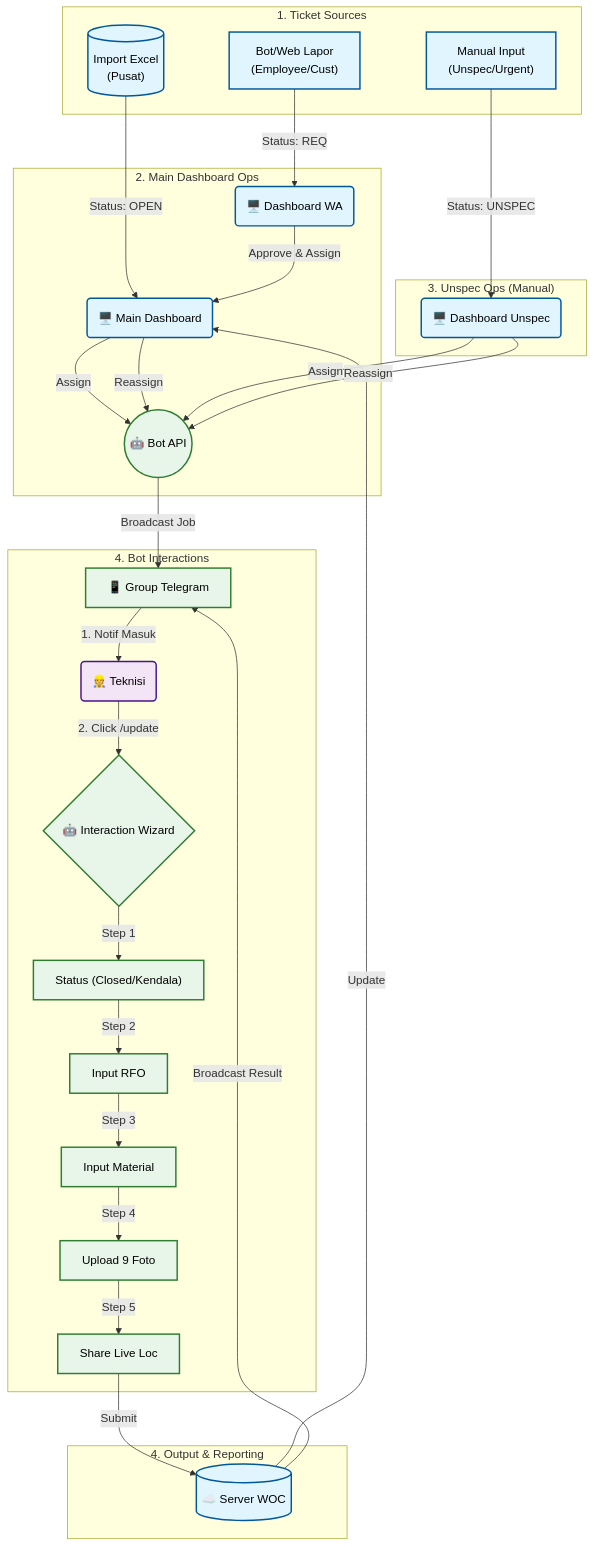
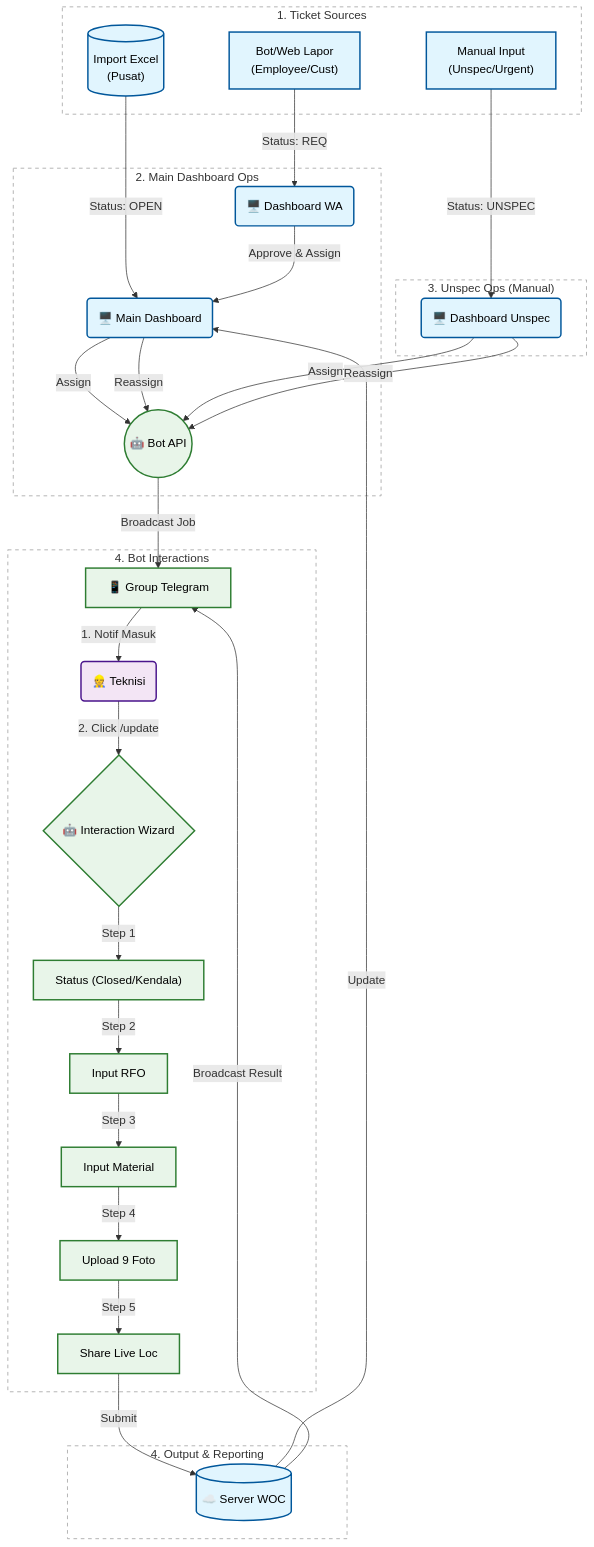
One commit to Just0rdinaryGuy/unspec-dash changed the diagram in WOC_MASTER_DOCUMENT.md. Above: the diagram before and after it, drawn with Mermaid. The commit also changed 1 other file, not shown here.

Commit message:
docs: Remove background fills from Mermaid diagrams (Transparent Mode)

````diff
--- a/WOC_MASTER_DOCUMENT.md
+++ b/WOC_MASTER_DOCUMENT.md
@@ -49,52 +49,59 @@
 ```mermaid
 graph TD
     %% Styling
     classDef dash fill:#e1f5fe,stroke:#01579b,stroke-width:2px,color:#000000;
     classDef bot fill:#e8f5e9,stroke:#2e7d32,stroke-width:2px,color:#000000;
     classDef actor fill:#f3e5f5,stroke:#4a148c,stroke-width:2px,color:#000000;
+
+    %% Remove Subgraph Backgrounds
+    style Sources fill:none,stroke:#999,stroke-width:1px,stroke-dasharray: 5 5
+    style Dash fill:none,stroke:#999,stroke-width:1px,stroke-dasharray: 5 5
+    style UnspecDash fill:none,stroke:#999,stroke-width:1px,stroke-dasharray: 5 5
+    style Bot fill:none,stroke:#999,stroke-width:1px,stroke-dasharray: 5 5
+    style Output fill:none,stroke:#999,stroke-width:1px,stroke-dasharray: 5 5
 
     subgraph Sources ["1. Ticket Sources"]
     S1[("Import Excel<br/>(Pusat)")]
     S2["Manual Input<br/>(Unspec/Urgent)"]
     S3["Bot/Web Lapor<br/>(Employee/Cust)"]
     end
     class S1,S2,S3 dash;
 
     subgraph Dash ["2. Main Dashboard Ops"]
     S1 -->|Status: OPEN| D_MAIN("🖥️ Main Dashboard")
     S3 -->|Status: REQ| D_WA("🖥️ Dashboard WA")
     D_WA -->|Approve & Assign| D_MAIN
     D_MAIN -->|Assign| BOT_API(("🤖 Bot API"))
     D_MAIN -->|Reassign | BOT_API
     end
     class D_MAIN,D_WA dash;
 
     subgraph UnspecDash ["3. Unspec Ops (Manual)"]
     S2 -->|Status: UNSPEC| D_UNSPEC("🖥️ Dashboard Unspec")
     D_UNSPEC -->|Assign| BOT_API
     D_UNSPEC -->|Reassign| BOT_API
     end
     class D_UNSPEC dash;
 
     subgraph Bot ["4. Bot Interactions"]
     BOT_API -->|Broadcast Job| TG_GROUP["📱 Group Telegram"]
     
     TG_GROUP -->|1. Notif Masuk| TECH("👷 Teknisi")
     TECH -->|2. Click /update| WIZARD{"🤖 Interaction Wizard"}
     
     WIZARD -->|Step 1| W_STAT["Status (Closed/Kendala)"]
     W_STAT -->|Step 2| W_RFO["Input RFO"]
     W_RFO -->|Step 3| W_MAT["Input Material"]
     W_MAT -->|Step 4| W_FOTO["Upload 9 Foto"]
     W_FOTO -->|Step 5| W_LOC["Share Live Loc"]
     end
     class BOT_API,TG_GROUP,WIZARD,W_STAT,W_RFO,W_MAT,W_FOTO,W_LOC bot;
     class TECH actor;
 
     subgraph Output ["4. Output & Reporting"]
     W_LOC -->|Submit| SERVER[("☁️ Server WOC")]
     SERVER -->|Update| D_MAIN
     SERVER -->|Broadcast Result| TG_GROUP
     end
     class SERVER dash;
 ```
````
